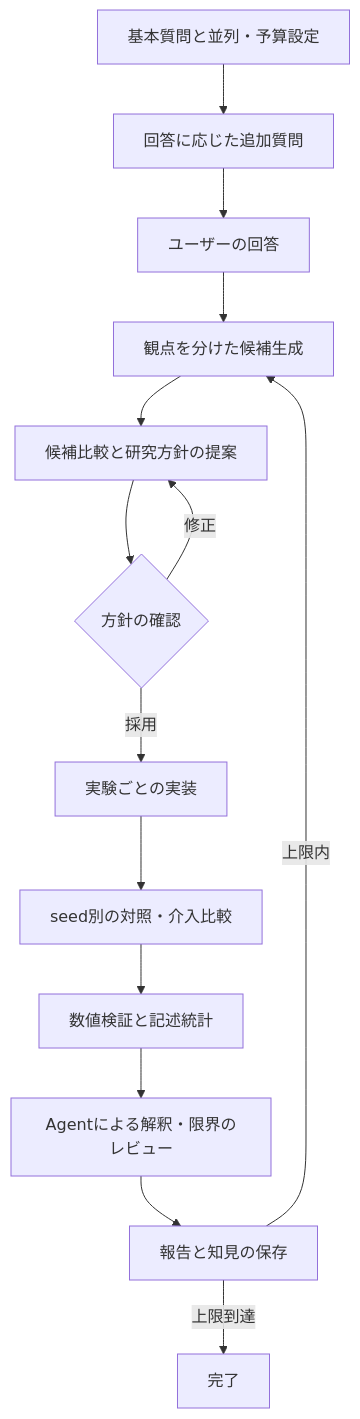
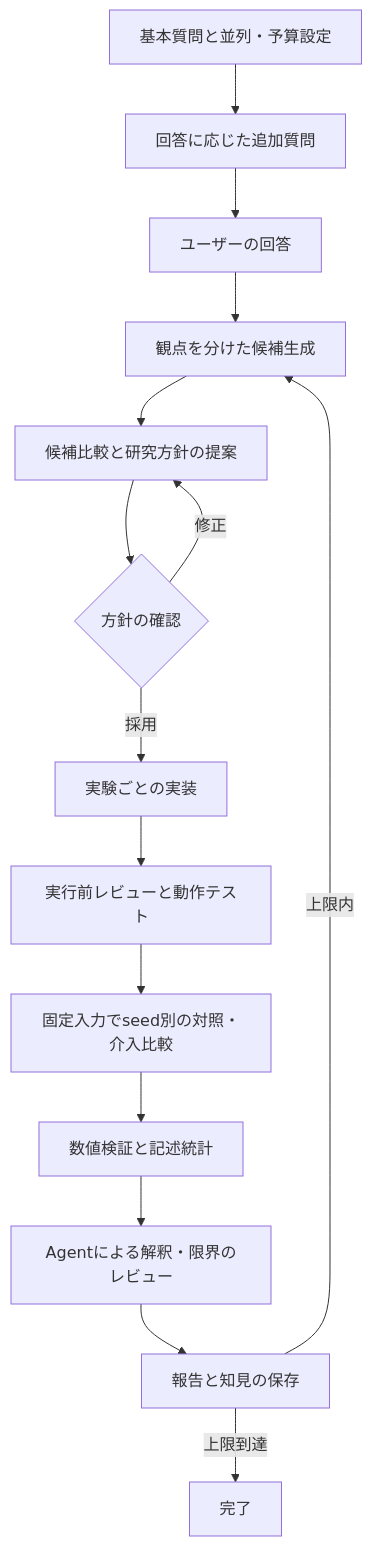
One commit to kanalia7355/RLkit changed the diagram in docs/ARCHITECTURE.md. Above: the diagram before and after it, drawn with Mermaid. The commit also changed other lines of this file and 21 other files, not shown here.

````diff
--- a/docs/ARCHITECTURE.md
+++ b/docs/ARCHITECTURE.md
@@ -39,16 +39,17 @@
 ```mermaid
 flowchart TD
   A[基本質問と並列・予算設定] --> B[回答に応じた追加質問]
   B --> C[ユーザーの回答]
   C --> D[観点を分けた候補生成]
   D --> E[候補比較と研究方針の提案]
   E --> F{方針の確認}
   F -->|修正| E
   F -->|採用| G[実験ごとの実装]
-  G --> H[seed別の対照・介入比較]
+  G --> V[実行前レビューと動作テスト]
+  V --> H[固定入力でseed別の対照・介入比較]
   H --> I[数値検証と記述統計]
   I --> J[Agentによる解釈・限界のレビュー]
   J --> K[報告と知見の保存]
   K -->|上限内| D
   K -->|上限到達| L[完了]
 ```
````
